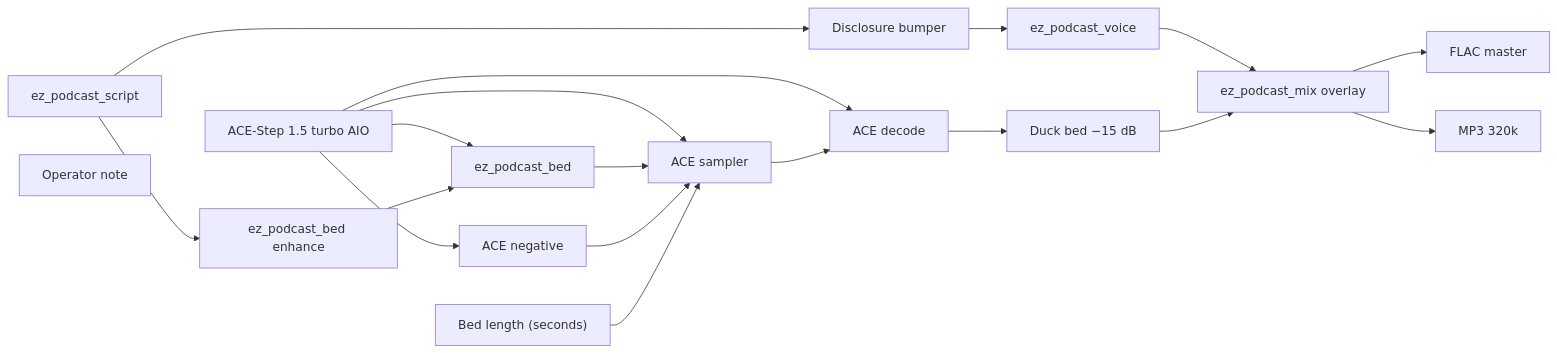
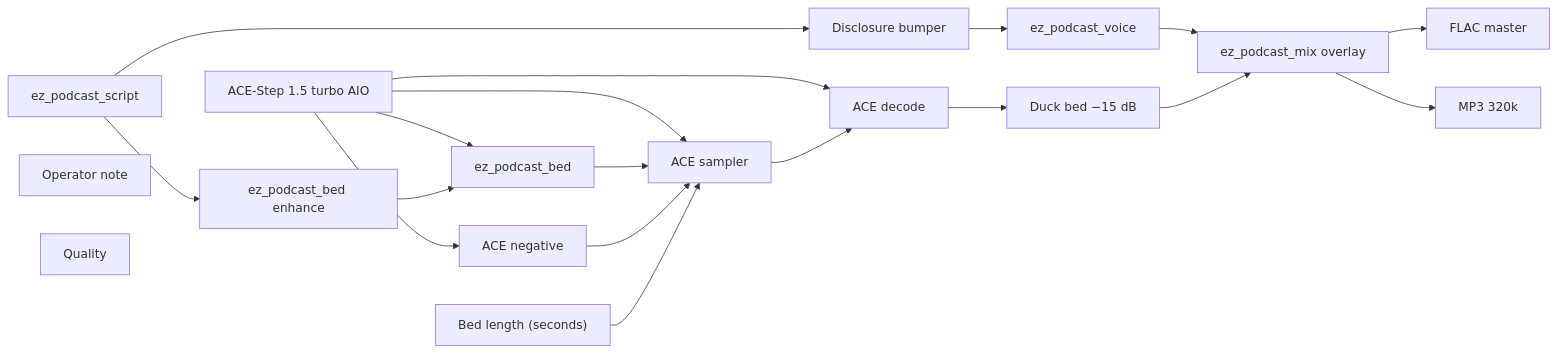
One commit to toxicoder/ez-comfy-stack changed the diagram in docs/generated/workflows/audio/podcast/audio-first.md. Above: the diagram before and after it, drawn with Mermaid. The commit also changed other lines of this file and 644 other files, not shown here.

````diff
--- a/docs/generated/workflows/audio/podcast/audio-first.md
+++ b/docs/generated/workflows/audio/podcast/audio-first.md
@@ -57,35 +57,36 @@
 ```mermaid
 flowchart LR
   N1["ACE-Step 1.5 turbo AIO"]
   N2["ez_podcast_script"]
   N3["Disclosure bumper"]
   N4["ez_podcast_voice"]
   N5["ez_podcast_bed"]
   N6["ACE negative"]
   N7["Bed length (seconds)"]
   N8["ACE sampler"]
   N9["ACE decode"]
   N10["Duck bed −15 dB"]
   N11["ez_podcast_mix overlay"]
   N12["FLAC master"]
   N13["MP3 320k"]
   N14["Operator note"]
   N15["ez_podcast_bed enhance"]
+  N16["Quality"]
   N1 --> N8
   N1 --> N5
   N1 --> N6
   N1 --> N9
   N2 --> N3
   N2 --> N15
   N3 --> N4
   N4 --> N11
   N5 --> N8
   N6 --> N8
   N7 --> N8
   N8 --> N9
   N9 --> N10
   N10 --> N11
   N11 --> N12
   N11 --> N13
   N15 --> N5
 ```
````
